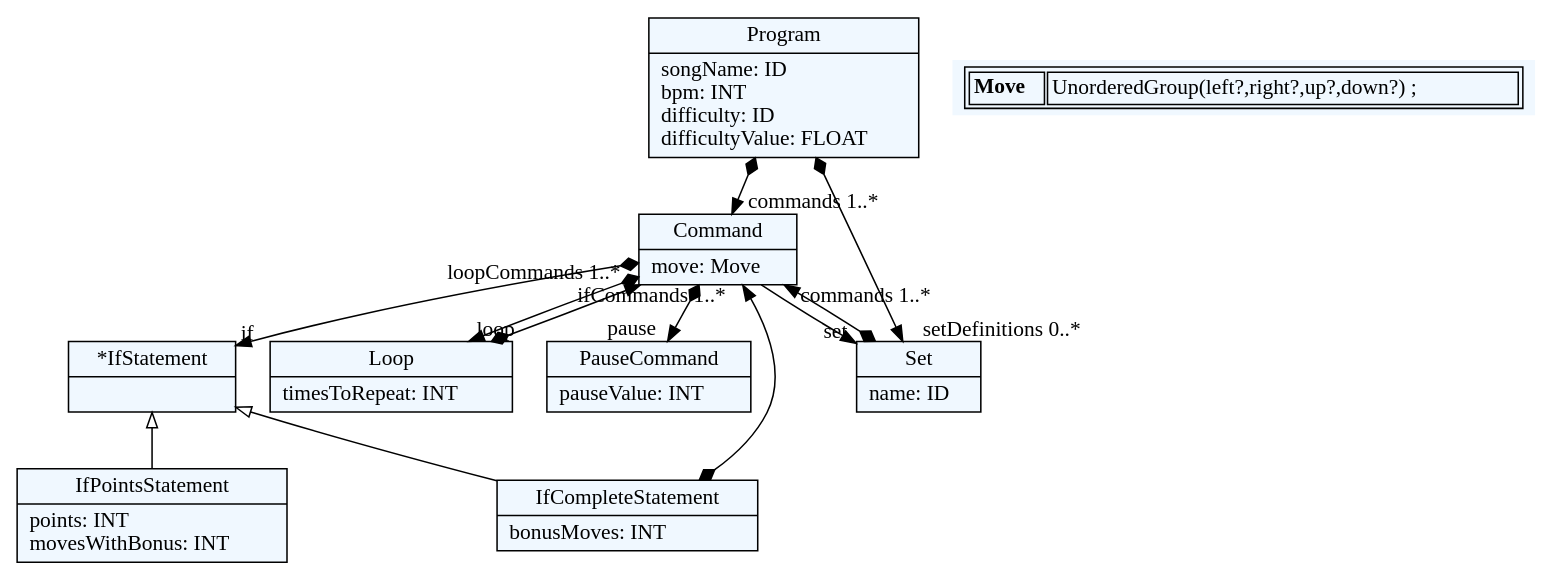
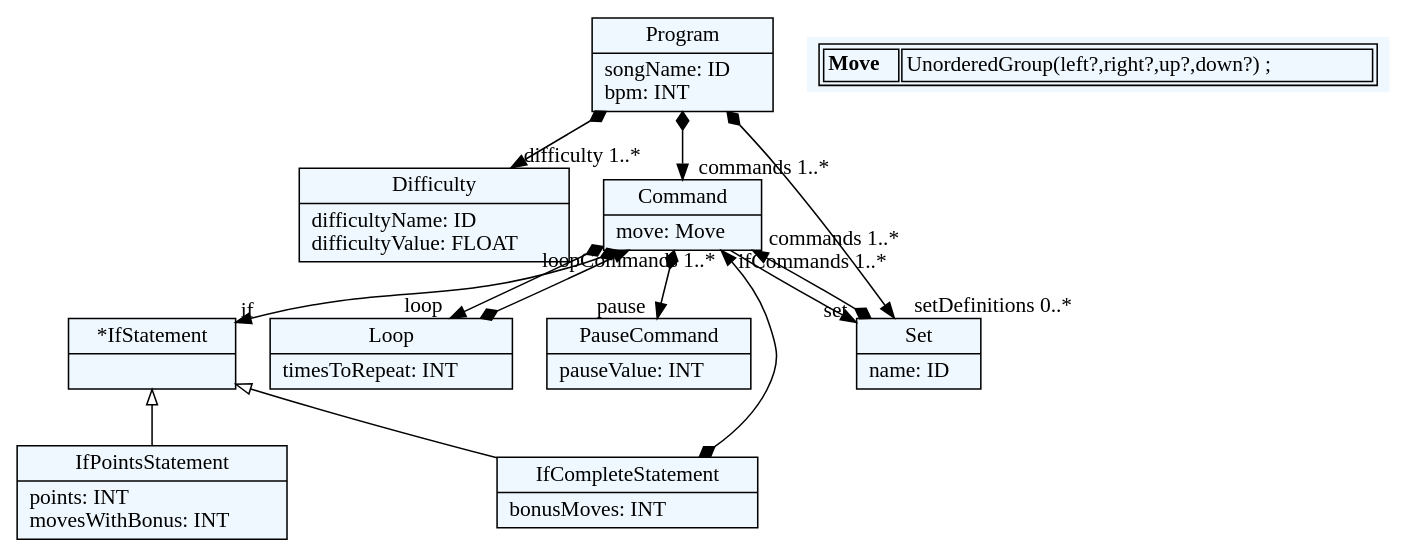
One commit to JanosevicRa177/JSD-Tim-2 changed the diagram in grammar.dot. Above: the diagram before and after it, drawn with Graphviz. The commit also changed 6 other files, not shown here.

```diff
--- a/grammar.dot
+++ b/grammar.dot
@@ -1,50 +1,53 @@
 
     digraph textX {
     fontname = "Bitstream Vera Sans"
     fontsize = 8
     node[
         shape=record,
         style=filled,
         fillcolor=aliceblue
     ]
     nodesep = 0.3
     edge[dir=black,arrowtail=empty]
 
 
-2303833809680[ label="{Program|songName: ID\lbpm: INT\ldifficulty: ID\ldifficultyValue: FLOAT\l}"]
+1926849724256[ label="{Program|songName: ID\lbpm: INT\l}"]
 
-2303833805712[ label="{Command|move: Move\l}"]
+1926849703424[ label="{Difficulty|difficultyName: ID\ldifficultyValue: FLOAT\l}"]
 
-2303833806704[ label="{*IfStatement|}"]
+1926849693504[ label="{Command|move: Move\l}"]
 
-2303833785872[ label="{IfPointsStatement|points: INT\lmovesWithBonus: INT\l}"]
+1926849704416[ label="{*IfStatement|}"]
 
-2303833810672[ label="{IfCompleteStatement|bonusMoves: INT\l}"]
+1926849725248[ label="{IfPointsStatement|points: INT\lmovesWithBonus: INT\l}"]
 
-2303833812656[ label="{Loop|timesToRepeat: INT\l}"]
+1926849701440[ label="{IfCompleteStatement|bonusMoves: INT\l}"]
 
-2303833813648[ label="{Set|name: ID\l}"]
+1926849706400[ label="{Loop|timesToRepeat: INT\l}"]
 
-2303833783888[ label="{PauseCommand|pauseValue: INT\l}"]
+1926849716320[ label="{Set|name: ID\l}"]
+
+1926849698464[ label="{PauseCommand|pauseValue: INT\l}"]
 
 
 
-2303833809680 -> 2303833813648[arrowtail=diamond, dir=both, headlabel="setDefinitions 0..*"]
-2303833809680 -> 2303833805712[arrowtail=diamond, dir=both, headlabel="commands 1..*"]
-2303833805712 -> 2303833806704[arrowtail=diamond, dir=both, headlabel="if "]
-2303833805712 -> 2303833812656[arrowtail=diamond, dir=both, headlabel="loop "]
-2303833805712 -> 2303833813648[headlabel="set "]
-2303833805712 -> 2303833783888[arrowtail=diamond, dir=both, headlabel="pause "]
-2303833806704 -> 2303833810672 [dir=back]
-2303833806704 -> 2303833785872 [dir=back]
-2303833810672 -> 2303833805712[arrowtail=diamond, dir=both, headlabel="ifCommands 1..*"]
-2303833812656 -> 2303833805712[arrowtail=diamond, dir=both, headlabel="loopCommands 1..*"]
-2303833813648 -> 2303833805712[arrowtail=diamond, dir=both, headlabel="commands 1..*"]
+1926849724256 -> 1926849703424[arrowtail=diamond, dir=both, headlabel="difficulty 1..*"]
+1926849724256 -> 1926849716320[arrowtail=diamond, dir=both, headlabel="setDefinitions 0..*"]
+1926849724256 -> 1926849693504[arrowtail=diamond, dir=both, headlabel="commands 1..*"]
+1926849693504 -> 1926849704416[arrowtail=diamond, dir=both, headlabel="if "]
+1926849693504 -> 1926849706400[arrowtail=diamond, dir=both, headlabel="loop "]
+1926849693504 -> 1926849716320[headlabel="set "]
+1926849693504 -> 1926849698464[arrowtail=diamond, dir=both, headlabel="pause "]
+1926849704416 -> 1926849701440 [dir=back]
+1926849704416 -> 1926849725248 [dir=back]
+1926849701440 -> 1926849693504[arrowtail=diamond, dir=both, headlabel="ifCommands 1..*"]
+1926849706400 -> 1926849693504[arrowtail=diamond, dir=both, headlabel="loopCommands 1..*"]
+1926849716320 -> 1926849693504[arrowtail=diamond, dir=both, headlabel="commands 1..*"]
 match_rules [ shape=plaintext, label=< <table>
 	<tr>
 		<td><b>Move</b></td><td>UnorderedGroup(left?,right?,up?,down?) ;</td>
 	</tr>
 </table> >]
 
 
 }
```
